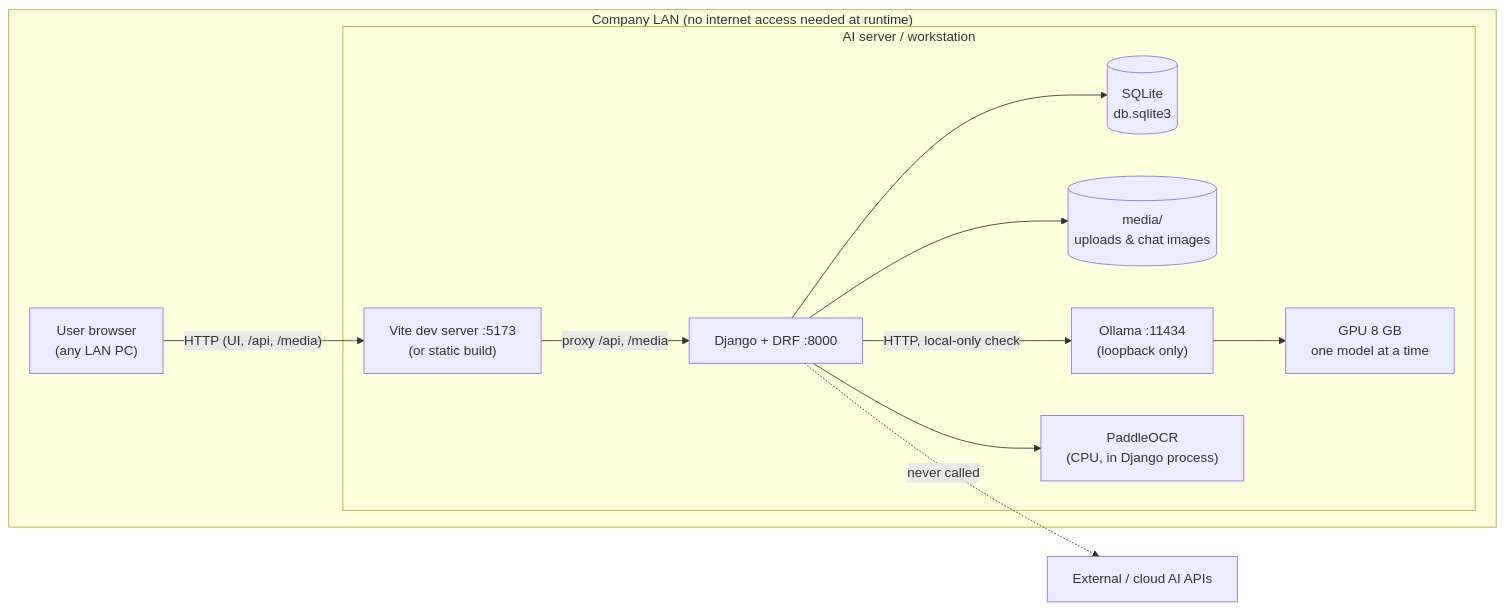
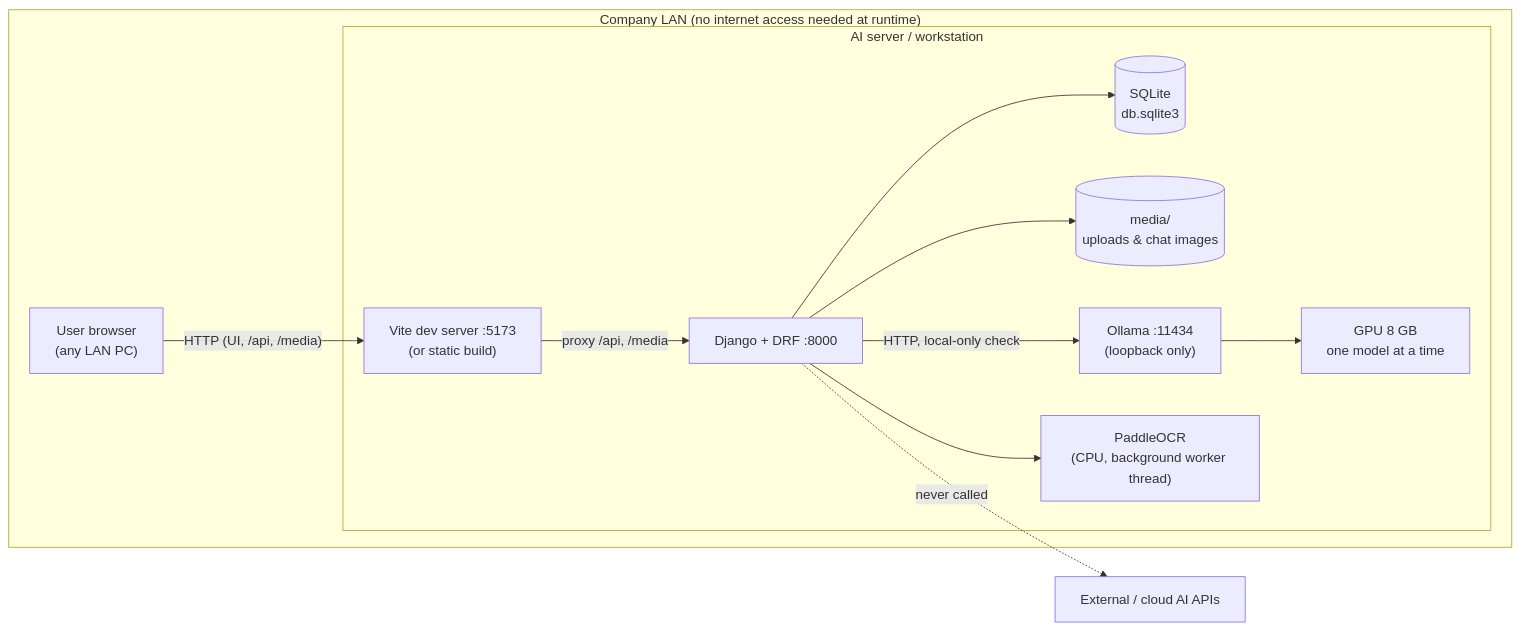
One commit to OnishNimiwal/PlantEdge changed the first of 6 diagrams in README.md. Above: the diagram before and after it, drawn with Mermaid. The commit also changed other lines of this file and 2 other files, not shown here.

````diff
--- a/README.md
+++ b/README.md
@@ -123,24 +156,24 @@
 ```mermaid
 flowchart LR
     subgraph LAN["Company LAN (no internet access needed at runtime)"]
         U1["User browser<br/>(any LAN PC)"]
         subgraph SRV["AI server / workstation"]
             V["Vite dev server :5173<br/>(or static build)"]
             D["Django + DRF :8000"]
             DB[("SQLite<br/>db.sqlite3")]
             M[("media/<br/>uploads & chat images")]
             O["Ollama :11434<br/>(loopback only)"]
             G["GPU 8 GB<br/>one model at a time"]
-            P["PaddleOCR<br/>(CPU, in Django process)"]
+            P["PaddleOCR<br/>(CPU, background worker thread)"]
         end
     end
     U1 -- "HTTP (UI, /api, /media)" --> V
     V -- "proxy /api, /media" --> D
     D --> DB
     D --> M
     D -- "HTTP, local-only check" --> O
     O --> G
     D --> P
     X["External / cloud AI APIs"]
     D -. "never called" .-> X
 ```
````
